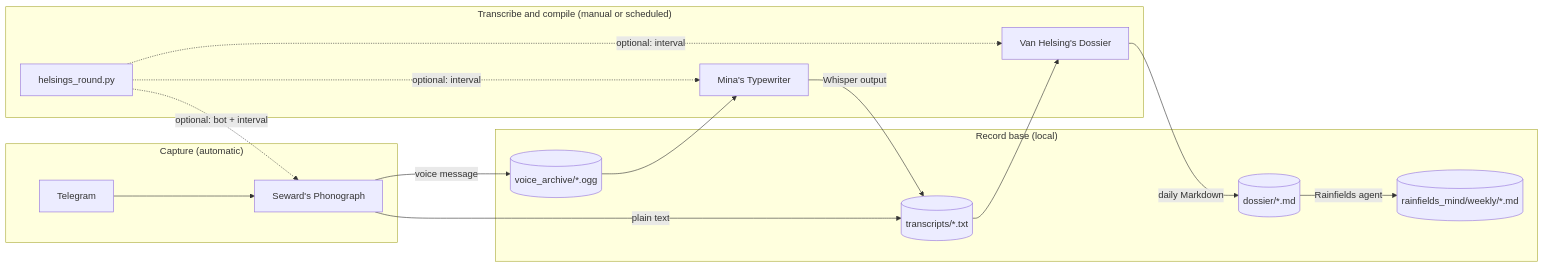
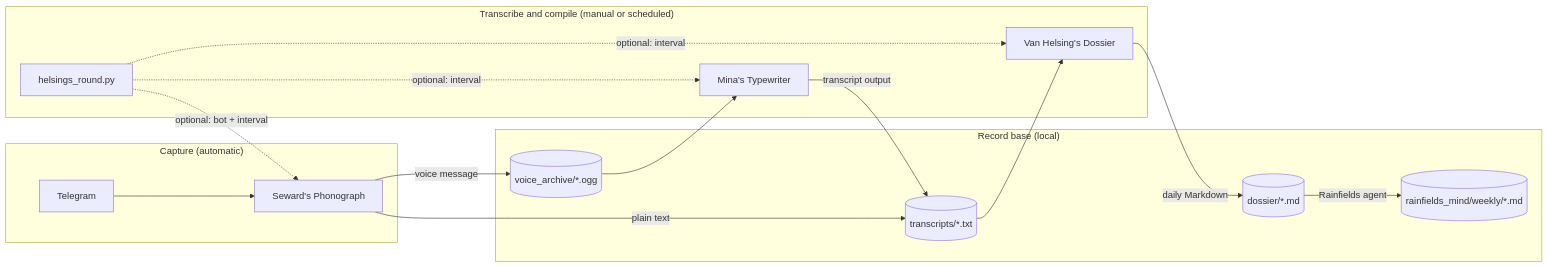
One commit to GuilherLRO/harkers_archive changed the diagram in README.md. Above: the diagram before and after it, drawn with Mermaid. The commit also changed other lines of this file and 14 other files, not shown here.

````diff
--- a/README.md
+++ b/README.md
@@ -41,32 +41,32 @@
 ```mermaid
 flowchart LR
   subgraph capture["Capture (automatic)"]
     TG[Telegram]
     SP[Seward's Phonograph]
     TG --> SP
   end
 
   subgraph store["Record base (local)"]
     VA[(voice_archive/*.ogg)]
     TR[(transcripts/*.txt)]
     DO[(dossier/*.md)]
     RM[(rainfields_mind/weekly/*.md)]
   end
 
   subgraph transcribe["Transcribe and compile (manual or scheduled)"]
     MT[Mina's Typewriter]
     VD[Van Helsing's Dossier]
     AR[helsings_round.py]
   end
 
   SP -->|voice message| VA
   SP -->|plain text| TR
   VA --> MT
-  MT -->|Whisper output| TR
+  MT -->|transcript output| TR
   TR --> VD
   VD -->|daily Markdown| DO
   DO -->|Rainfields agent| RM
   AR -.->|optional: bot + interval| SP
   AR -.->|optional: interval| MT
   AR -.->|optional: interval| VD
 ```
````
